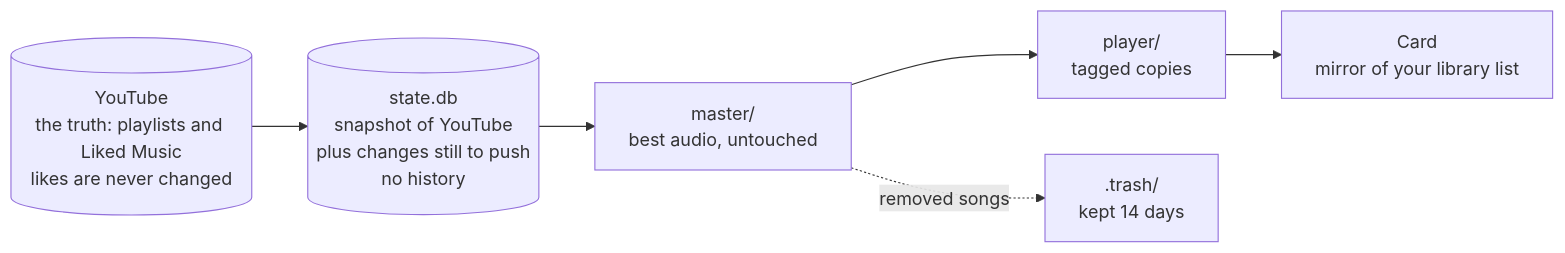
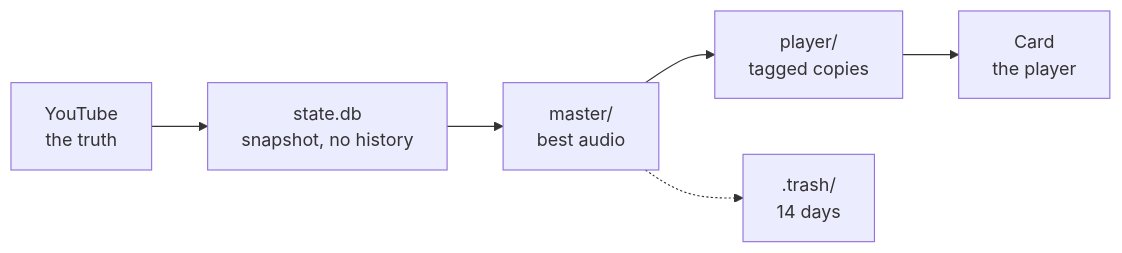
Before and after one commit to mohitjain/runsync: the second of 2 diagrams in README.md, drawn with Mermaid. The commit also changed other lines of this file, not shown here.

First line of the commit message:
README: redesign the flow diagram as four phases with short labels (#11)

````diff
--- a/README.md
+++ b/README.md
@@ -60,8 +62,8 @@
 ```mermaid
 flowchart LR
-    yt[("YouTube<br/>the truth: playlists and Liked Music<br/>likes are never changed")] --> db[("state.db<br/>snapshot of YouTube<br/>plus changes still to push<br/>no history")]
-    db --> master["master/<br/>best audio, untouched"]
+    yt["YouTube<br/>the truth"] --> db["state.db<br/>snapshot, no history"]
+    db --> master["master/<br/>best audio"]
     master --> player["player/<br/>tagged copies"]
-    player --> card["Card<br/>mirror of your library list"]
-    master -. removed songs .-> trash[".trash/<br/>kept 14 days"]
+    player --> card["Card<br/>the player"]
+    master -.-> trash[".trash/<br/>14 days"]
 ```
````
